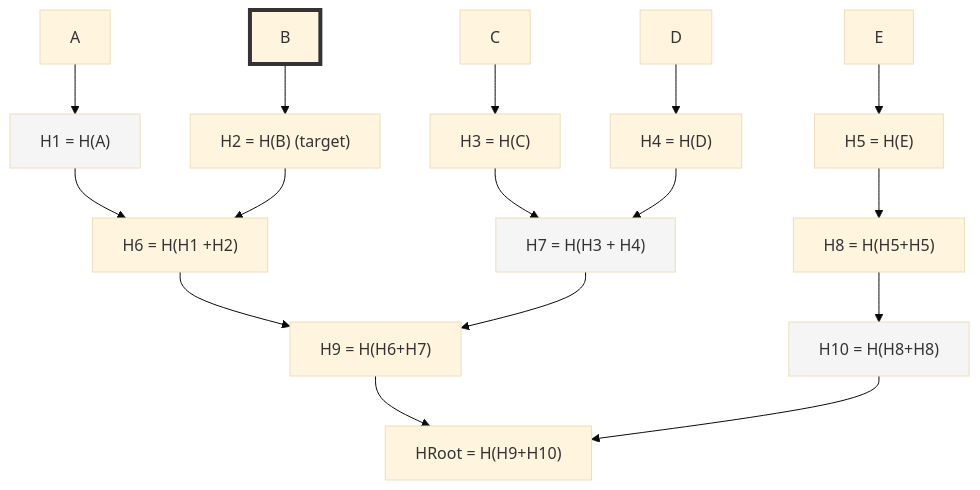
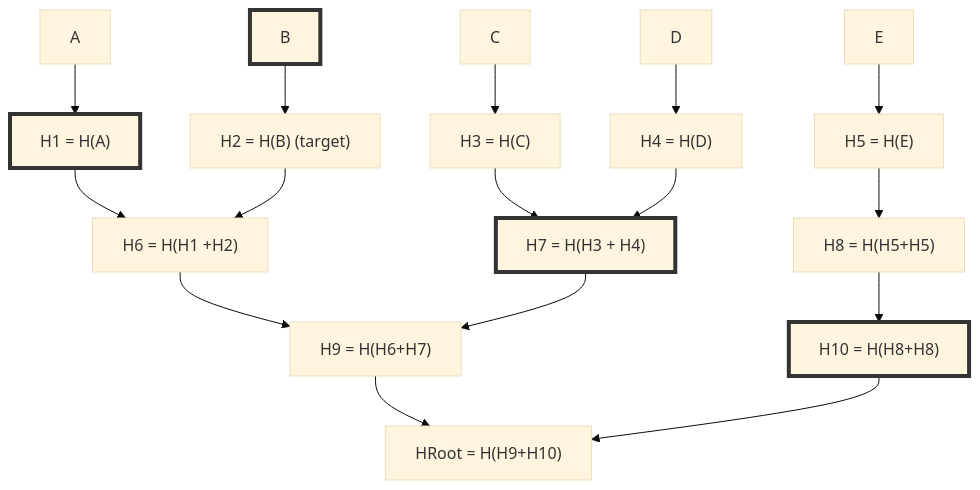
One commit to symbol/symbol-docs changed the diagram in source/resources/diagrams/merkle-proof.mmd. Above: the diagram before and after it, drawn with Mermaid (base theme). The commit also changed 7 other files, not shown here.

```diff
--- a/source/resources/diagrams/merkle-proof.mmd
+++ b/source/resources/diagrams/merkle-proof.mmd
@@ -1,20 +1,20 @@
 graph TD
    style B stroke:#333,stroke-width:4px
-   style H1 fill:#F5F5F5
-   style H7 fill:#F5F5F5
-   style H10 fill:#F5F5F5
+   style H1 stroke:#333,stroke-width:4px
+   style H7 stroke:#333,stroke-width:4px
+   style H10 stroke:#333,stroke-width:4px
    A --> H1["H1 = H(A)"]
    B --> H2["H2 = H(B) (target)"]
    C --> H3["H3 = H(C)"]
    D --> H4["H4 = H(D)"]
    E --> H5["H5 = H(E)"]
    H1 --> H6["H6 = H(H1 +H2)"]
    H2 --> H6
    H3 --> H7["H7 = H(H3 + H4)"]
    H4 --> H7
    H5 --> H8["H8 = H(H5+H5)"]
    H6 --> H9["H9 = H(H6+H7)"]
    H7 --> H9
    H8  --> H10["H10 = H(H8+H8)"]
    H9  --> R["HRoot = H(H9+H10)"]
    H10 --> R
```
